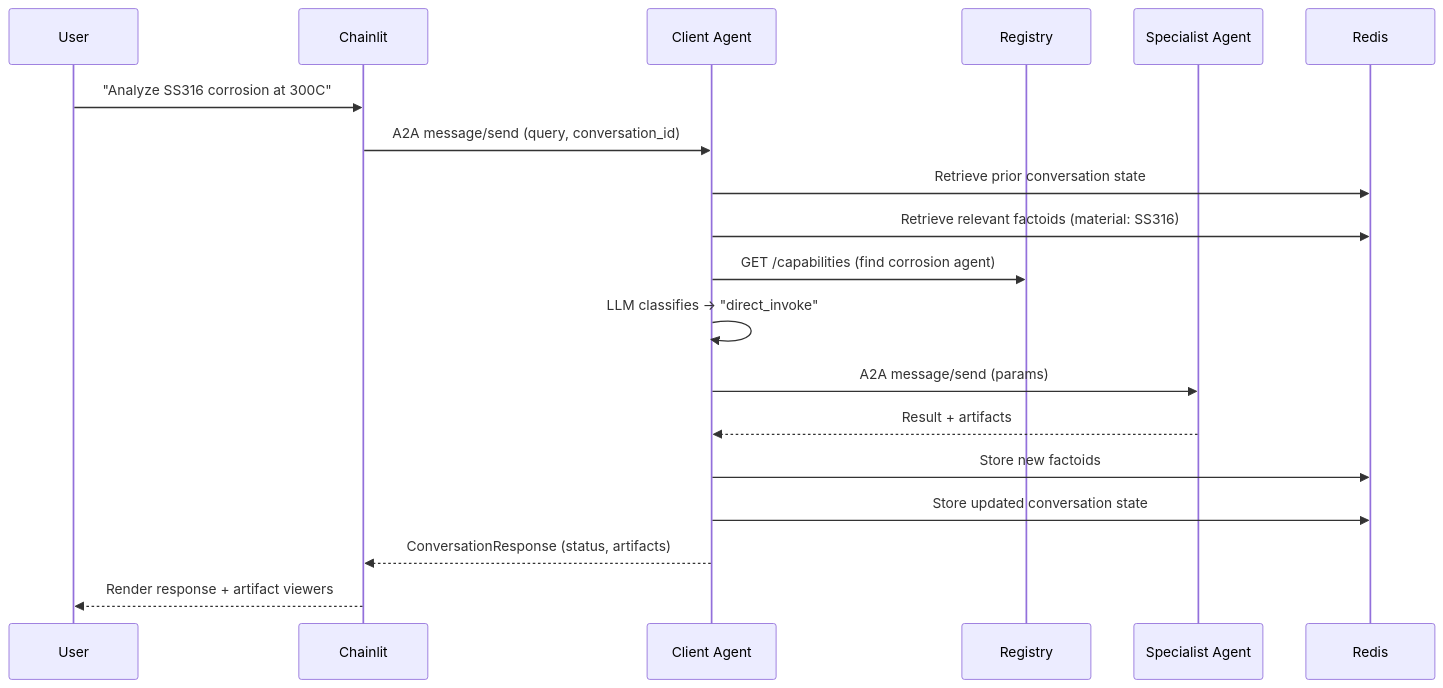
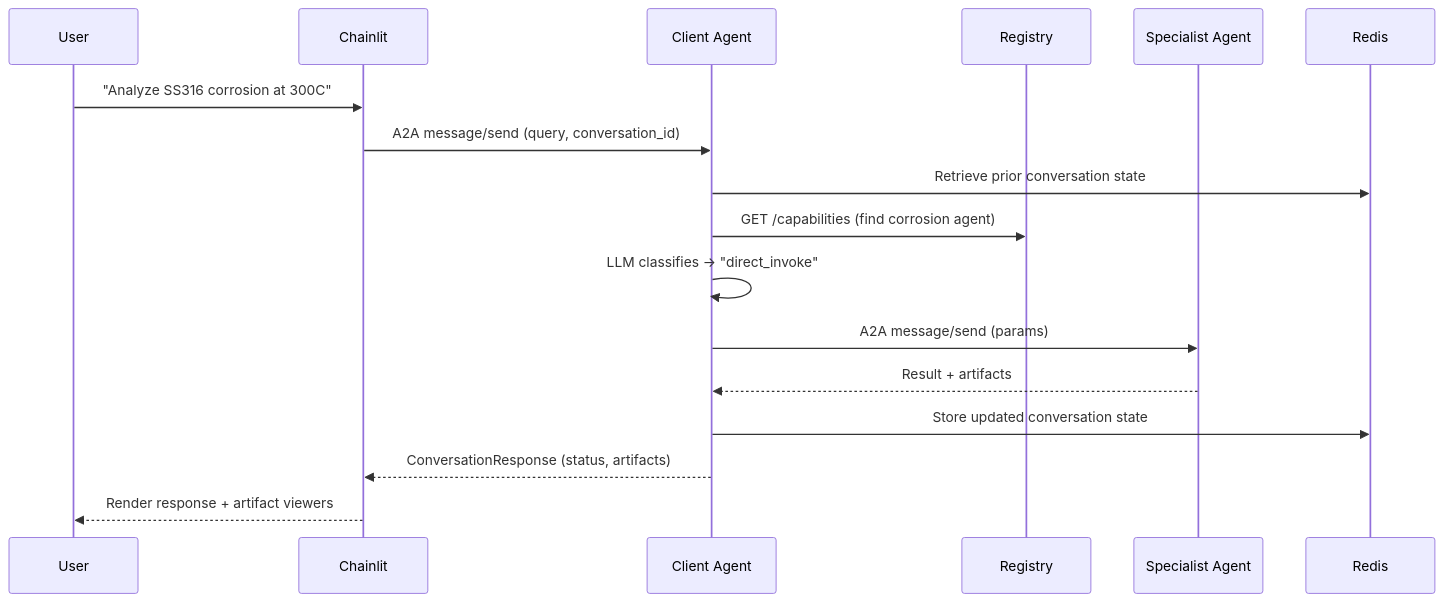
Before and after one commit to Jimmy-INL/prometheus_core: the second of 2 diagrams in docs/architecture.md, drawn with Mermaid. The commit also changed other lines of this file and 15 other files, not shown here.

````diff
--- a/docs/architecture.md
+++ b/docs/architecture.md
@@ -127,22 +126,20 @@
 ```mermaid
 sequenceDiagram
     participant U as User
     participant CL as Chainlit
     participant CA as Client Agent
     participant REG as Registry
     participant SA as Specialist Agent
     participant R as Redis
 
     U->>CL: "Analyze SS316 corrosion at 300C"
     CL->>CA: A2A message/send (query, conversation_id)
     CA->>R: Retrieve prior conversation state
-    CA->>R: Retrieve relevant factoids (material: SS316)
     CA->>REG: GET /capabilities (find corrosion agent)
     CA->>CA: LLM classifies → "direct_invoke"
     CA->>SA: A2A message/send (params)
     SA-->>CA: Result + artifacts
-    CA->>R: Store new factoids
     CA->>R: Store updated conversation state
     CA-->>CL: ConversationResponse (status, artifacts)
     CL-->>U: Render response + artifact viewers
 ```
````
